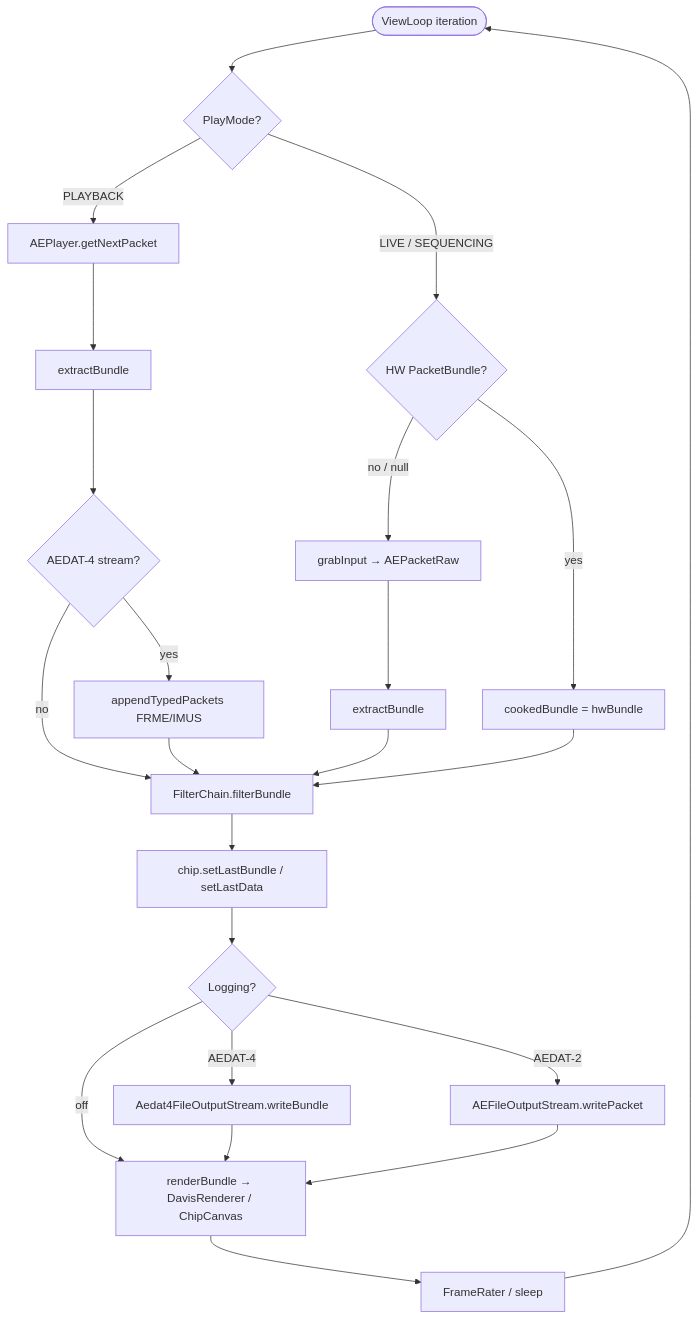
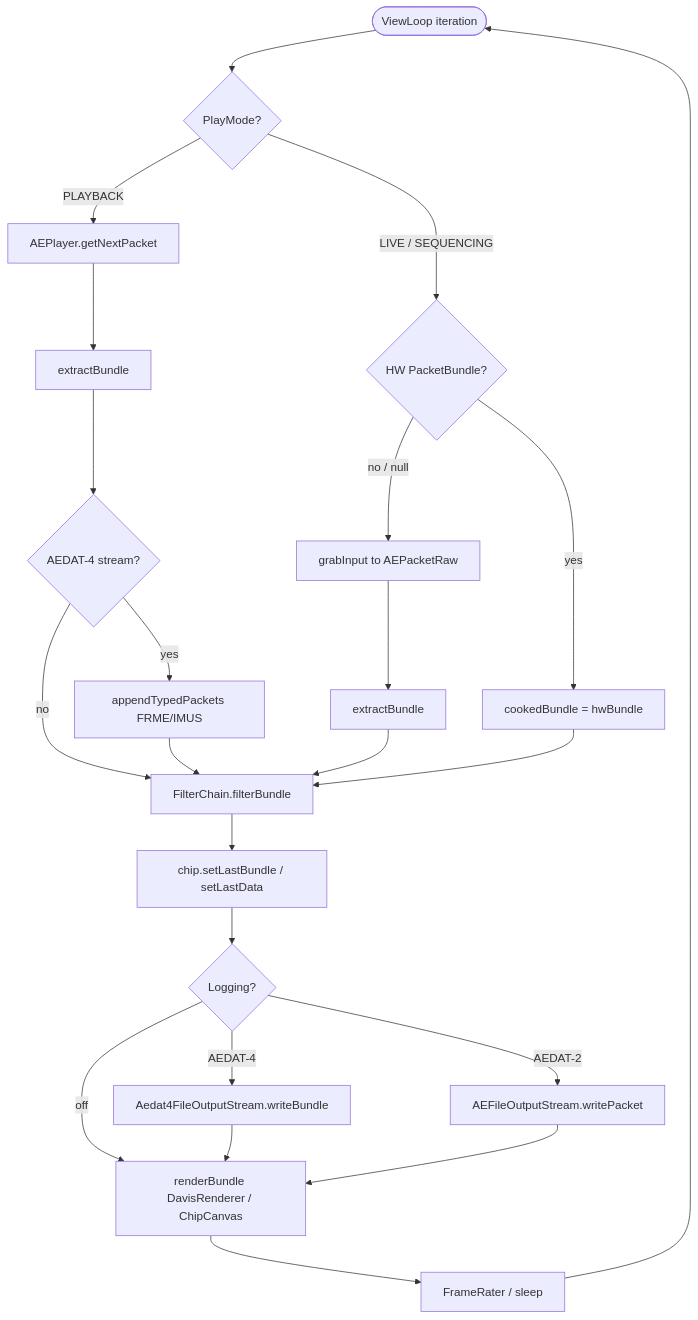
The third of 6 diagrams in docs/README-jaer3.md (SensorsINI/jaer), drawn with Mermaid before and after one commit. The commit also changed other lines of this file, not shown here.

Commit message:
fixed diagram

````diff
--- a/docs/README-jaer3.md
+++ b/docs/README-jaer3.md
@@ -96,29 +96,29 @@
 ```mermaid
 flowchart TD
   START([ViewLoop iteration]) --> MODE{PlayMode?}
 
   MODE -->|LIVE / SEQUENCING| HW{HW PacketBundle?}
   HW -->|yes| BUNDLE[cookedBundle = hwBundle]
-  HW -->|no / null| RAW[grabInput → AEPacketRaw]
+  HW -->|no / null| RAW[grabInput to AEPacketRaw]
   RAW --> EXT[extractBundle]
 
   MODE -->|PLAYBACK| PLAY[AEPlayer.getNextPacket]
   PLAY --> EXT2[extractBundle]
   EXT2 --> AEDAT4{AEDAT-4 stream?}
   AEDAT4 -->|yes| APPEND[appendTypedPackets FRME/IMUS]
   AEDAT4 -->|no| FILT
   APPEND --> FILT
 
   EXT --> FILT
   BUNDLE --> FILT
 
   FILT[FilterChain.filterBundle] --> STORE[chip.setLastBundle / setLastData]
   STORE --> LOG{Logging?}
   LOG -->|AEDAT-4| W4[Aedat4FileOutputStream.writeBundle]
   LOG -->|AEDAT-2| W2[AEFileOutputStream.writePacket]
   LOG -->|off| REN
   W4 --> REN
   W2 --> REN
-  REN[renderBundle → DavisRenderer / ChipCanvas] --> PACE[FrameRater / sleep]
+  REN[renderBundle DavisRenderer / ChipCanvas] --> PACE[FrameRater / sleep]
   PACE --> START
 ```
````
